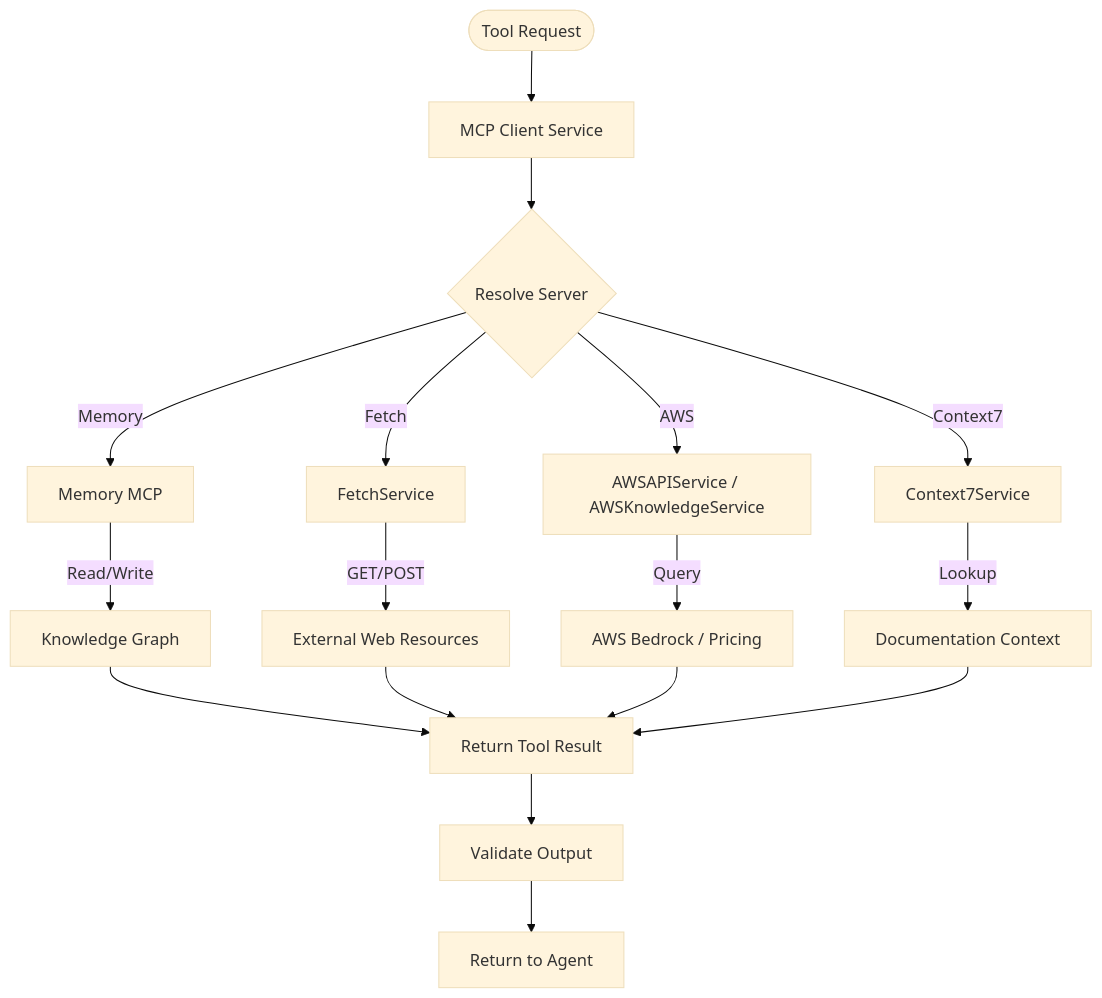
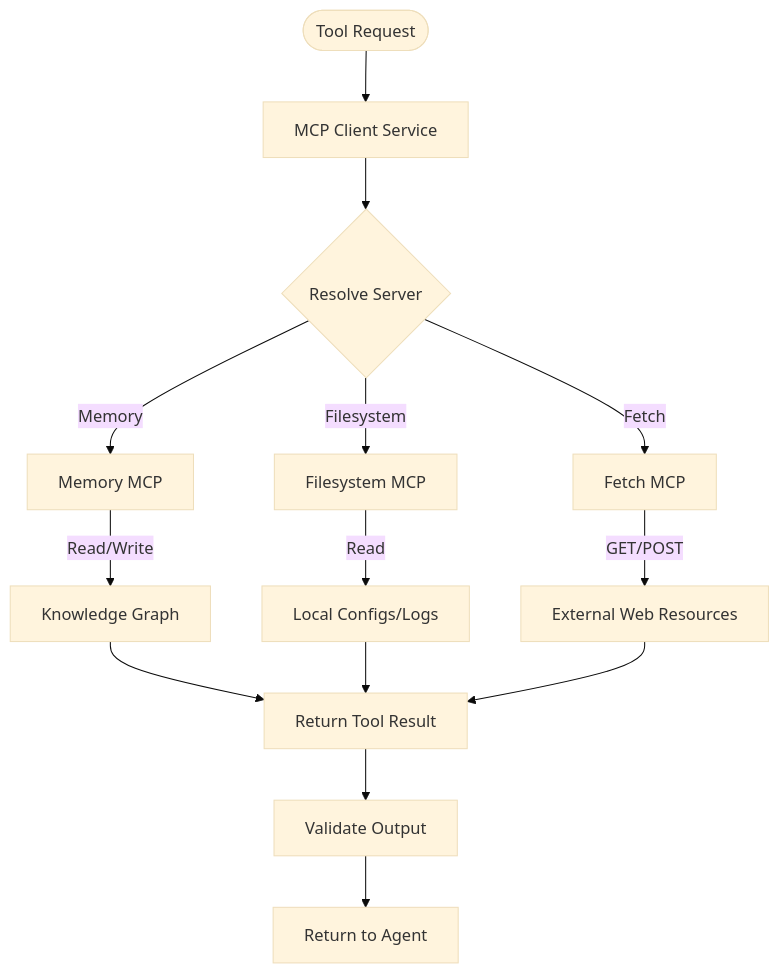
One commit to exatfrds67/umamusume-career-planner changed the sixth of 7 diagrams in docs/01-flows/FLOW-006_AI_Advisory_System.md. Above: the diagram before and after it, drawn with Mermaid (base theme). The commit also changed other lines of this file and 58 other files, not shown here.

Commit message:
docs(flow): fix markdownlint errors in diagrams, flows, sequences, tech-flow, user-flows, and wireframes

````diff
--- a/docs/01-flows/FLOW-006_AI_Advisory_System.md
+++ b/docs/01-flows/FLOW-006_AI_Advisory_System.md
@@ -206,24 +200,21 @@
 ```mermaid
 flowchart TD
     Start([Tool Request]) --> MCPClient[MCP Client Service]
     
     MCPClient --> ResolveServer{Resolve Server}
     
     ResolveServer -->|Memory| MemoryServer[Memory MCP]
-    ResolveServer -->|Fetch| FetchServer[FetchService]
-    ResolveServer -->|AWS| AWSServer[AWSAPIService / AWSKnowledgeService]
-    ResolveServer -->|Context7| Context7Server[Context7Service]
+    ResolveServer -->|Filesystem| FileServer[Filesystem MCP]
+    ResolveServer -->|Fetch| FetchServer[Fetch MCP]
     
     MemoryServer -->|Read/Write| GraphStore[Knowledge Graph]
+    FileServer -->|Read| LocalFiles[Local Configs/Logs]
     FetchServer -->|GET/POST| ExternalWeb[External Web Resources]
-    AWSServer -->|Query| AWSResources[AWS Bedrock / Pricing]
-    Context7Server -->|Lookup| DocResources[Documentation Context]
     
     GraphStore --> ReturnResult[Return Tool Result]
+    LocalFiles --> ReturnResult
     ExternalWeb --> ReturnResult
-    AWSResources --> ReturnResult
-    DocResources --> ReturnResult
     
     ReturnResult --> ValidateResult[Validate Output]
     ValidateResult --> ReturnAgent[Return to Agent]
 ```
````
